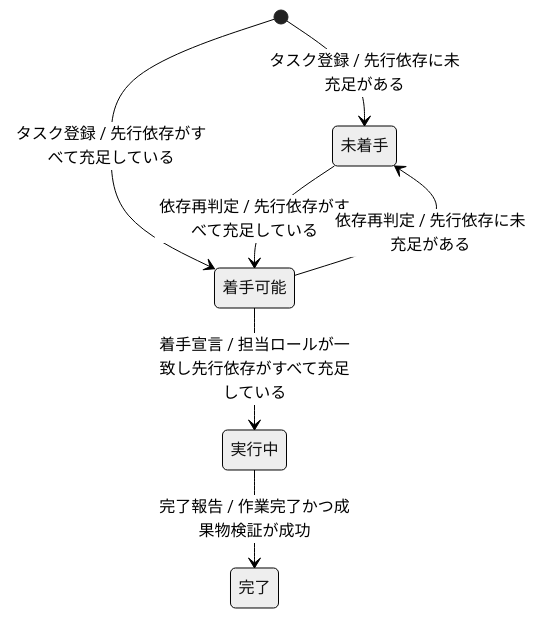
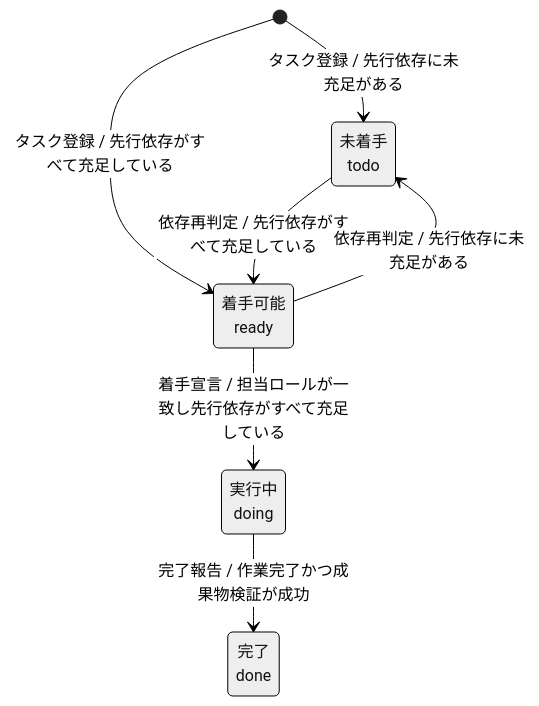
Before and after one commit to specdojo/specdojo: the first of 2 diagrams in docs/ja/product/010-business-specs/020-data-model/stsd-task-execution.md, drawn with Mermaid (neutral theme). The commit also changed other lines of this file and 5 other files, not shown here.

Commit message:
exec(register PJR-KFMB): stsd-task-execution の冒頭と図の表示名を新しい Kata に合わせる

````diff
--- a/docs/ja/product/010-business-specs/020-data-model/stsd-task-execution.md
+++ b/docs/ja/product/010-business-specs/020-data-model/stsd-task-execution.md
@@ -47,13 +52,13 @@
 ```mermaid
 stateDiagram-v2
-  state "未着手" as todo
-  state "着手可能" as ready
-  state "実行中" as doing
-  state "完了" as done
+  state "未着手<br>todo" as todo
+  state "着手可能<br>ready" as ready
+  state "実行中<br>doing" as doing
+  state "完了<br>done" as done
   [*] --> todo : タスク登録 / 先行依存に未充足がある
   [*] --> ready : タスク登録 / 先行依存がすべて充足している
   todo --> ready : 依存再判定 / 先行依存がすべて充足している
   ready --> todo : 依存再判定 / 先行依存に未充足がある
   ready --> doing : 着手宣言 / 担当ロールが一致し先行依存がすべて充足している
   doing --> done : 完了報告 / 作業完了かつ成果物検証が成功
 ```
````
